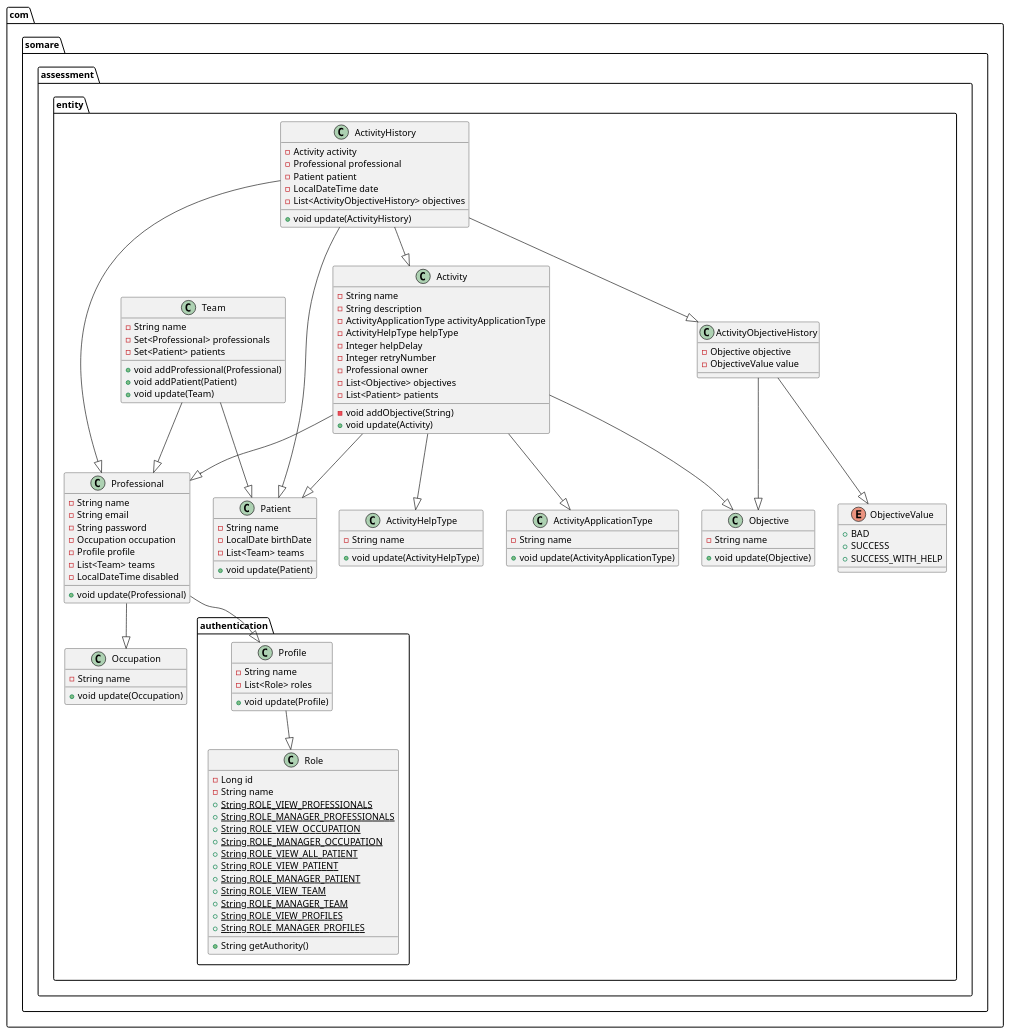
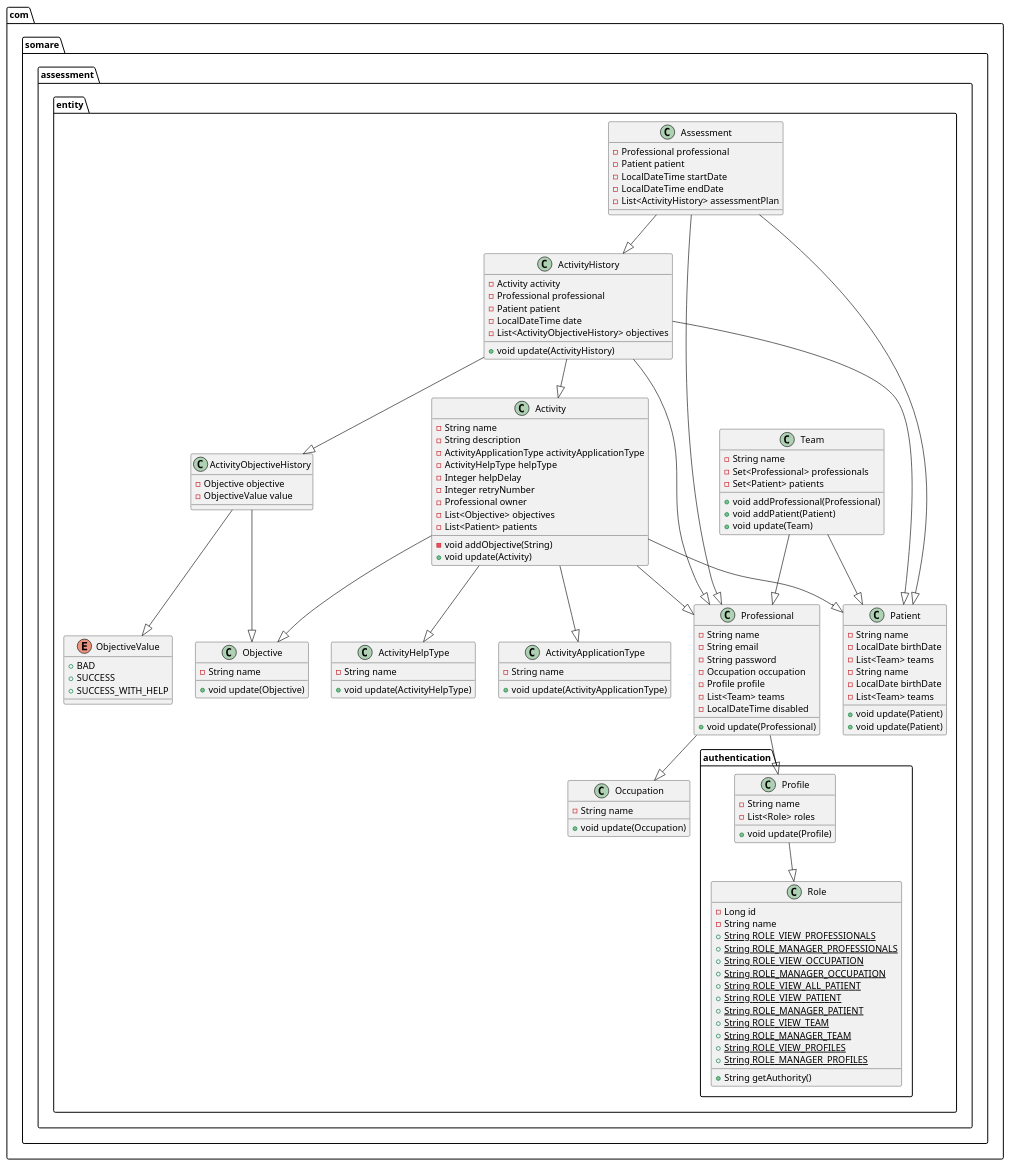
The diagram in ws/diagrama-de-classes.puml (Fucks/sassesment), drawn with PlantUML before and after one commit. The commit also changed 22 other files, not shown here.

```diff
--- a/ws/diagrama-de-classes.puml
+++ b/ws/diagrama-de-classes.puml
@@ -1,116 +1,135 @@
 @startuml
 class com.somare.assessment.entity.authentication.Profile {
 - String name
 - List<Role> roles
 + void update(Profile)
 }
 class com.somare.assessment.entity.Activity {
 - String name
 - String description
 - ActivityApplicationType activityApplicationType
 - ActivityHelpType helpType
 - Integer helpDelay
 - Integer retryNumber
 - Professional owner
 - List<Objective> objectives
 - List<Patient> patients
 - void addObjective(String)
 + void update(Activity)
 }
 class com.somare.assessment.entity.ActivityObjectiveHistory {
 - Objective objective
 - ObjectiveValue value
 }
 class com.somare.assessment.entity.ActivityHelpType {
 - String name
 + void update(ActivityHelpType)
 }
 enum com.somare.assessment.entity.ObjectiveValue {
 +  BAD
 +  SUCCESS
 +  SUCCESS_WITH_HELP
 }
 class com.somare.assessment.entity.Objective {
 - String name
 + void update(Objective)
 }
 class com.somare.assessment.entity.authentication.Role {
 - Long id
 - String name
 + {static} String ROLE_VIEW_PROFESSIONALS
 + {static} String ROLE_MANAGER_PROFESSIONALS
 + {static} String ROLE_VIEW_OCCUPATION
 + {static} String ROLE_MANAGER_OCCUPATION
 + {static} String ROLE_VIEW_ALL_PATIENT
 + {static} String ROLE_VIEW_PATIENT
 + {static} String ROLE_MANAGER_PATIENT
 + {static} String ROLE_VIEW_TEAM
 + {static} String ROLE_MANAGER_TEAM
 + {static} String ROLE_VIEW_PROFILES
 + {static} String ROLE_MANAGER_PROFILES
 + String getAuthority()
 }
 class com.somare.assessment.entity.ActivityHistory {
 - Activity activity
 - Professional professional
 - Patient patient
 - LocalDateTime date
 - List<ActivityObjectiveHistory> objectives
 + void update(ActivityHistory)
 }
 class com.somare.assessment.entity.Professional {
 - String name
 - String email
 - String password
 - Occupation occupation
 - Profile profile
 - List<Team> teams
 - LocalDateTime disabled
 + void update(Professional)
 }
 class com.somare.assessment.entity.Team {
 - String name
 - Set<Professional> professionals
 - Set<Patient> patients
 + void addProfessional(Professional)
 + void addPatient(Patient)
 + void update(Team)
 }
 class com.somare.assessment.entity.Occupation {
 - String name
 + void update(Occupation)
 }
 class com.somare.assessment.entity.ActivityApplicationType {
 - String name
 + void update(ActivityApplicationType)
 }
 class com.somare.assessment.entity.Patient {
 - String name
 - LocalDate birthDate
 - List<Team> teams
 + void update(Patient)
 }
 
+class com.somare.assessment.entity.Patient {
+- String name
+- LocalDate birthDate
+- List<Team> teams
++ void update(Patient)
+}
+
+class com.somare.assessment.entity.Assessment {
+- Professional professional
+- Patient patient
+- LocalDateTime startDate
+- LocalDateTime endDate
+- List<ActivityHistory> assessmentPlan
+}
+
+com.somare.assessment.entity.Assessment--|>com.somare.assessment.entity.Patient
+com.somare.assessment.entity.Assessment--|>com.somare.assessment.entity.Professional
+com.somare.assessment.entity.Assessment--|>com.somare.assessment.entity.ActivityHistory
+
 com.somare.assessment.entity.Activity--|>com.somare.assessment.entity.ActivityApplicationType
 com.somare.assessment.entity.Activity--|>com.somare.assessment.entity.ActivityHelpType
 com.somare.assessment.entity.Activity--|>com.somare.assessment.entity.Objective
 com.somare.assessment.entity.Activity--|>com.somare.assessment.entity.Patient
 com.somare.assessment.entity.Activity--|>com.somare.assessment.entity.Professional
 
 com.somare.assessment.entity.ActivityHistory--|>com.somare.assessment.entity.Patient
 com.somare.assessment.entity.ActivityHistory--|>com.somare.assessment.entity.Professional
 com.somare.assessment.entity.ActivityHistory--|>com.somare.assessment.entity.Activity
 com.somare.assessment.entity.ActivityHistory--|>com.somare.assessment.entity.ActivityObjectiveHistory
 
 com.somare.assessment.entity.ActivityObjectiveHistory--|>com.somare.assessment.entity.ObjectiveValue
 com.somare.assessment.entity.ActivityObjectiveHistory--|>com.somare.assessment.entity.Objective
 
 com.somare.assessment.entity.authentication.Profile--|>com.somare.assessment.entity.authentication.Role
 
 com.somare.assessment.entity.Team--|>com.somare.assessment.entity.Professional
 com.somare.assessment.entity.Team--|>com.somare.assessment.entity.Patient
 
 com.somare.assessment.entity.Professional--|>com.somare.assessment.entity.Occupation
 com.somare.assessment.entity.Professional--|>com.somare.assessment.entity.authentication.Profile
 
 @enduml
```
